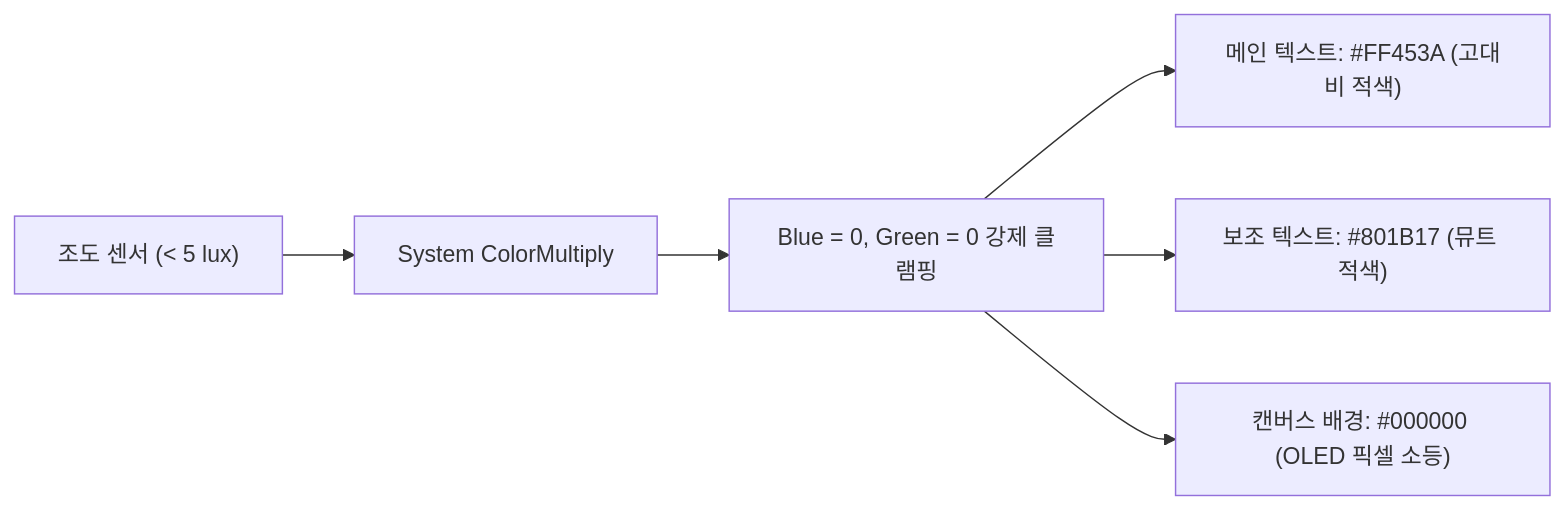
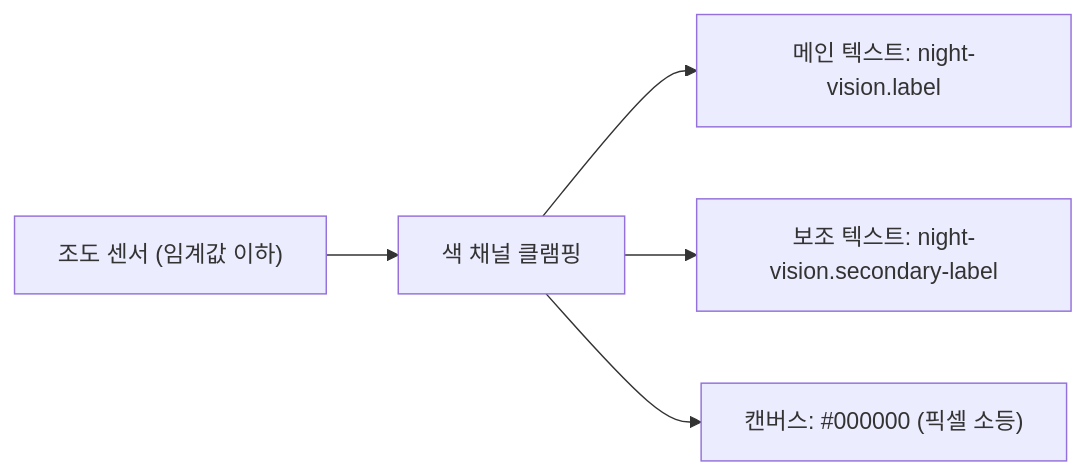
The second of 2 diagrams in iOS_Design.md (lsk0522/Apple_style_Clock), drawn with Mermaid before and after one commit. The commit also changed other lines of this file and 4 other files, not shown here.

````diff
--- a/iOS_Design.md
+++ b/iOS_Design.md
@@ -125,8 +169,7 @@
 ```mermaid
 flowchart LR
-    Sensor["조도 센서 (< 5 lux)"] --> ColorFilter["System ColorMultiply"]
-    ColorFilter --> Channel["Blue = 0, Green = 0 강제 클램핑"]
-    Channel --> R1["메인 텍스트: #FF453A (고대비 적색)"]
-    Channel --> R2["보조 텍스트: #801B17 (뮤트 적색)"]
-    Channel --> R3["캔버스 배경: #000000 (OLED 픽셀 소등)"]
+    Sensor["조도 센서 (임계값 이하)"] --> Filter["색 채널 클램핑"]
+    Filter --> R1["메인 텍스트: night-vision.label"]
+    Filter --> R2["보조 텍스트: night-vision.secondary-label"]
+    Filter --> R3["캔버스: #000000 (픽셀 소등)"]
 ```
````
